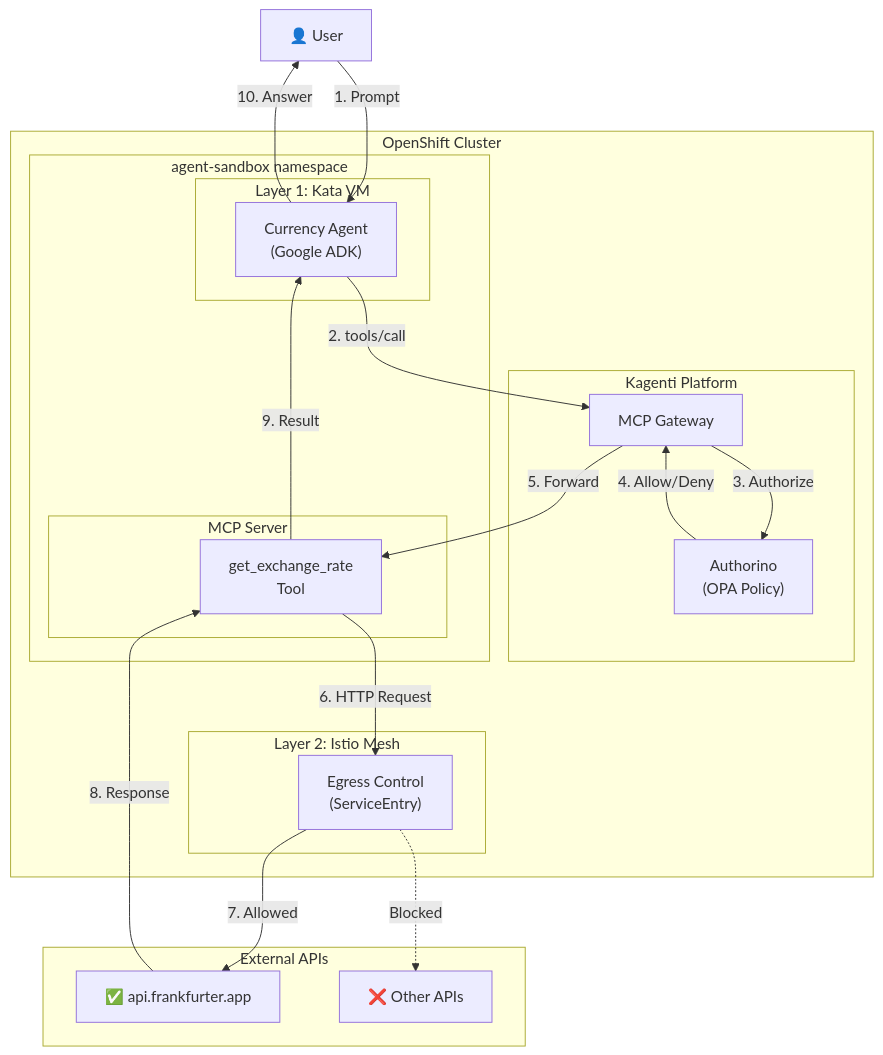
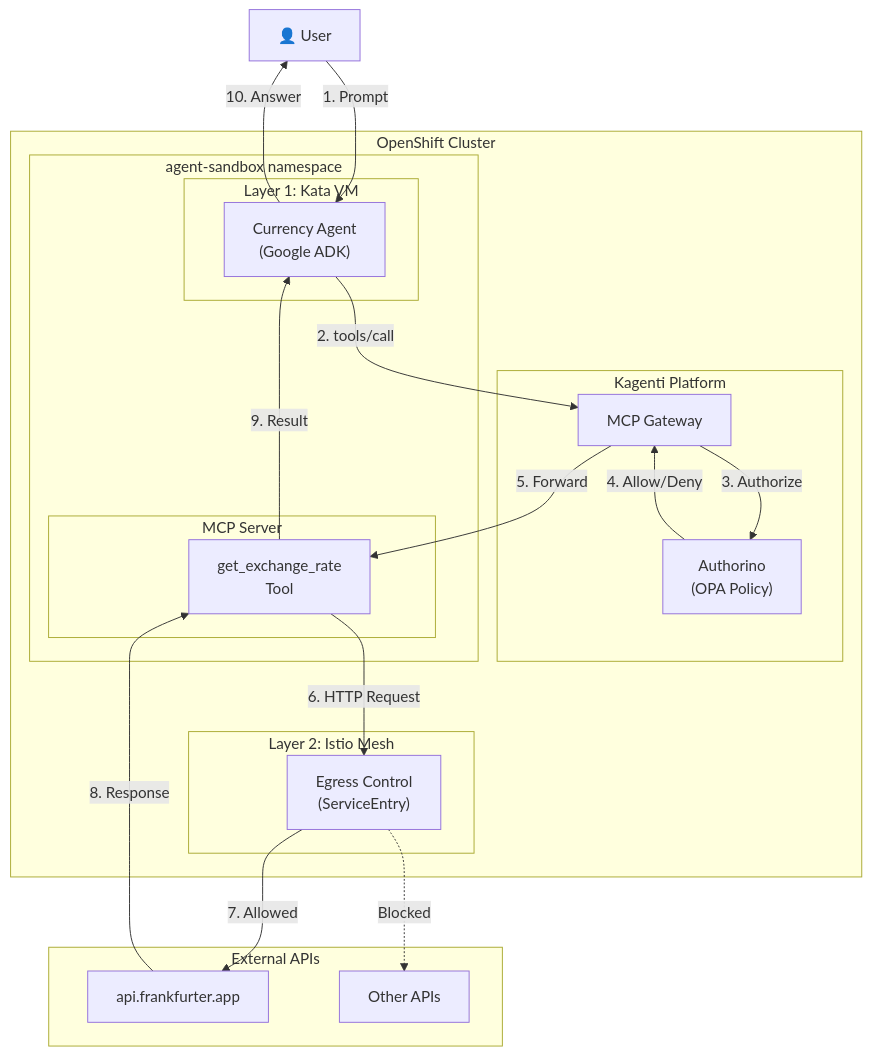
One commit to rrbanda/agent-sandbox-ocp changed the second of 2 diagrams in docs/workshop/01-introduction/index.md. Above: the diagram before and after it, drawn with Mermaid. The commit also changed other lines of this file and 23 other files, not shown here.

````diff
--- a/docs/workshop/01-introduction/index.md
+++ b/docs/workshop/01-introduction/index.md
@@ -103,42 +103,42 @@
 ```mermaid
 flowchart TB
     User["👤 User"]
     
     subgraph OpenShift["OpenShift Cluster"]
         subgraph Kagenti["Kagenti Platform"]
             Gateway["MCP Gateway"]
             Authorino["Authorino<br/>(OPA Policy)"]
         end
         
         subgraph NS["agent-sandbox namespace"]
             subgraph Kata["Layer 1: Kata VM"]
                 Agent["Currency Agent<br/>(Google ADK)"]
             end
             
             subgraph MCPServer["MCP Server"]
                 Tool["get_exchange_rate<br/>Tool"]
             end
         end
         
         subgraph Istio["Layer 2: Istio Mesh"]
             Egress["Egress Control<br/>(ServiceEntry)"]
         end
     end
     
     subgraph External["External APIs"]
-        API["✅ api.frankfurter.app"]
-        Blocked["❌ Other APIs"]
+        API[" api.frankfurter.app"]
+        Blocked[" Other APIs"]
     end
     
     User -->|"1. Prompt"| Agent
     Agent -->|"2. tools/call"| Gateway
     Gateway -->|"3. Authorize"| Authorino
     Authorino -->|"4. Allow/Deny"| Gateway
     Gateway -->|"5. Forward"| Tool
     Tool -->|"6. HTTP Request"| Egress
     Egress -->|"7. Allowed"| API
     Egress -.->|"Blocked"| Blocked
     API -->|"8. Response"| Tool
     Tool -->|"9. Result"| Agent
     Agent -->|"10. Answer"| User
 ```
````
